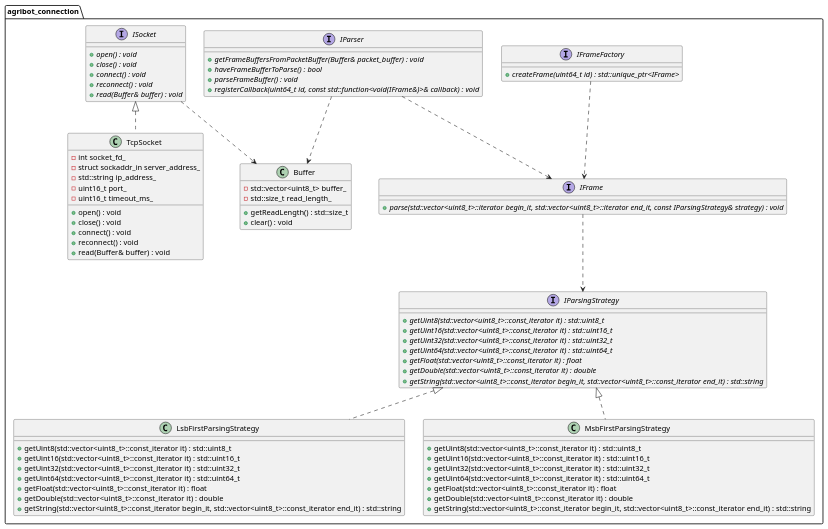
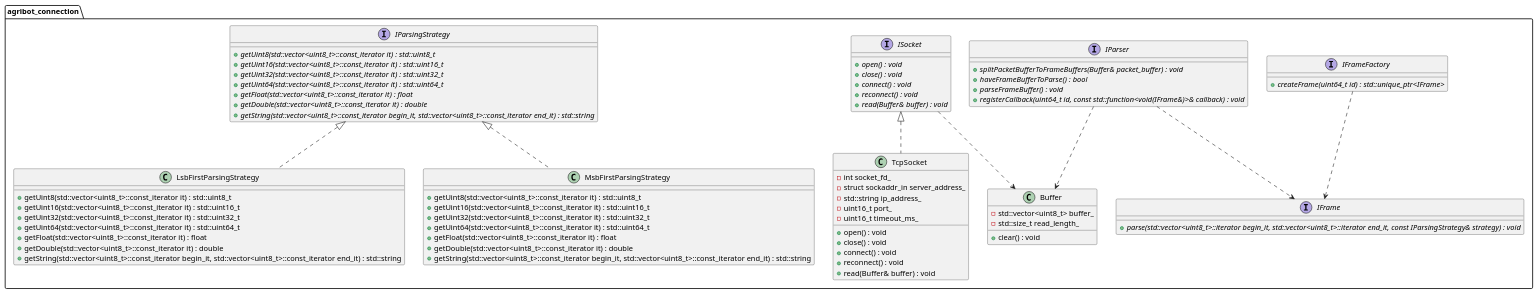
Before and after one commit to agribot-2-0/agribot_common: the diagram in doc/class_diagram/agribot_connection.puml, drawn with PlantUML. The commit also changed 8 other files, not shown here.

```diff
--- a/doc/class_diagram/agribot_connection.puml
+++ b/doc/class_diagram/agribot_connection.puml
@@ -1,100 +1,98 @@
 @startuml agribot_connection
 
 namespace agribot_connection {
 
   interface IFrame
   {
     + {abstract} parse(std::vector<uint8_t>::iterator begin_it, std::vector<uint8_t>::iterator end_it, const IParsingStrategy& strategy) : void
   }
 
   interface IFrameFactory
   {
     + {abstract} createFrame(uint64_t id) : std::unique_ptr<IFrame>
   }
 
   interface IParser
   {
-    + {abstract} getFrameBuffersFromPacketBuffer(Buffer& packet_buffer) : void
+    + {abstract} splitPacketBufferToFrameBuffers(Buffer& packet_buffer) : void
     + {abstract} haveFrameBufferToParse() : bool
     + {abstract} parseFrameBuffer() : void
     + {abstract} registerCallback(uint64_t id, const std::function<void(IFrame&)>& callback) : void
   }
 
   interface IParsingStrategy
   {
     + {abstract} getUint8(std::vector<uint8_t>::const_iterator it) : std::uint8_t
     + {abstract} getUint16(std::vector<uint8_t>::const_iterator it) : std::uint16_t
     + {abstract} getUint32(std::vector<uint8_t>::const_iterator it) : std::uint32_t
     + {abstract} getUint64(std::vector<uint8_t>::const_iterator it) : std::uint64_t
     + {abstract} getFloat(std::vector<uint8_t>::const_iterator it) : float
     + {abstract} getDouble(std::vector<uint8_t>::const_iterator it) : double
     + {abstract} getString(std::vector<uint8_t>::const_iterator begin_it, std::vector<uint8_t>::const_iterator end_it) : std::string
   }
 
   interface ISocket
   {
     + {abstract} open() : void
     + {abstract} close() : void
     + {abstract} connect() : void
     + {abstract} reconnect() : void
     + {abstract} read(Buffer& buffer) : void
   }
 
   class Buffer
   {
-    + getReadLength() : std::size_t
     + clear() : void
     - std::vector<uint8_t> buffer_
     - std::size_t read_length_
   }
 
   class LsbFirstParsingStrategy
   {
     + getUint8(std::vector<uint8_t>::const_iterator it) : std::uint8_t
     + getUint16(std::vector<uint8_t>::const_iterator it) : std::uint16_t
     + getUint32(std::vector<uint8_t>::const_iterator it) : std::uint32_t
     + getUint64(std::vector<uint8_t>::const_iterator it) : std::uint64_t
     + getFloat(std::vector<uint8_t>::const_iterator it) : float
     + getDouble(std::vector<uint8_t>::const_iterator it) : double
     + getString(std::vector<uint8_t>::const_iterator begin_it, std::vector<uint8_t>::const_iterator end_it) : std::string
   }
 
   class MsbFirstParsingStrategy
   {
     + getUint8(std::vector<uint8_t>::const_iterator it) : std::uint8_t
     + getUint16(std::vector<uint8_t>::const_iterator it) : std::uint16_t
     + getUint32(std::vector<uint8_t>::const_iterator it) : std::uint32_t
     + getUint64(std::vector<uint8_t>::const_iterator it) : std::uint64_t
     + getFloat(std::vector<uint8_t>::const_iterator it) : float
     + getDouble(std::vector<uint8_t>::const_iterator it) : double
     + getString(std::vector<uint8_t>::const_iterator begin_it, std::vector<uint8_t>::const_iterator end_it) : std::string
   }
 
   class TcpSocket
   {
     + open() : void
     + close() : void
     + connect() : void
     + reconnect() : void
     + read(Buffer& buffer) : void
     - int socket_fd_
     - struct sockaddr_in server_address_
     - std::string ip_address_
     - uint16_t port_
     - uint16_t timeout_ms_
   }
 
   ' Inheritance
   class LsbFirstParsingStrategy implements IParsingStrategy
   class MsbFirstParsingStrategy implements IParsingStrategy
   class TcpSocket implements ISocket
 
   ' Dependencies
   ISocket ..> Buffer
   IParser ..> Buffer
   IParser ..> IFrame
   IFrameFactory ..> IFrame
-  IFrame ..> IParsingStrategy
 }
 
 @enduml
```
